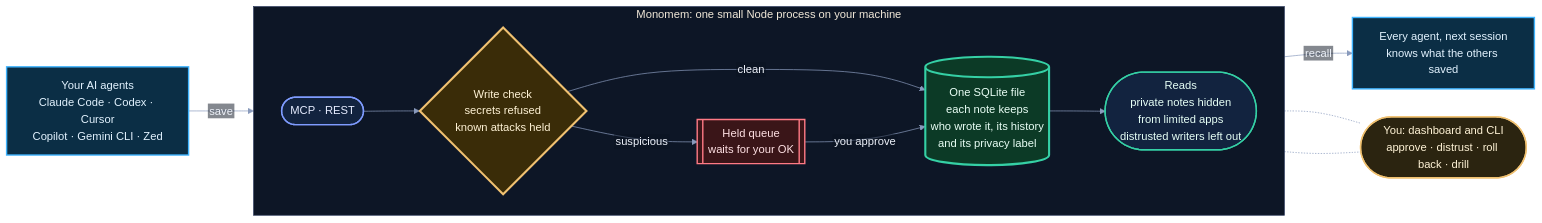
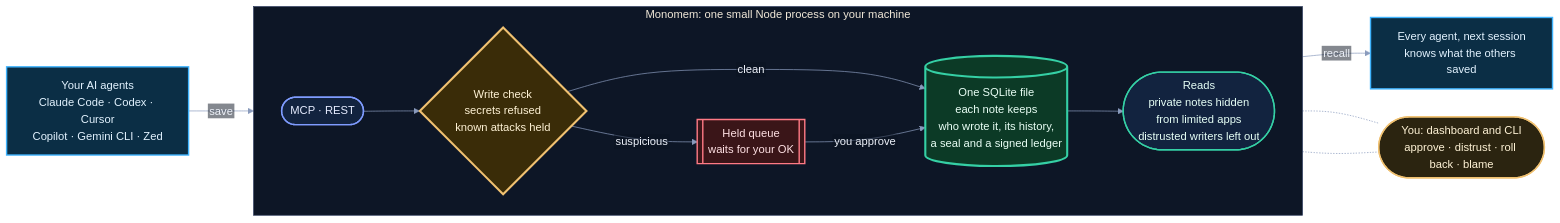
The diagram in docs/monomem-architecture.mmd (calasdan-sketch/monomem), drawn with Mermaid before and after one commit. The commit also changed 13 other files, not shown here.

First line of the commit message:
docs: demo GIF, architecture diagram and descriptions for 1.8.0 (#118)

```diff
--- a/docs/monomem-architecture.mmd
+++ b/docs/monomem-architecture.mmd
@@ -1,44 +1,44 @@
 %%{init: {"theme":"base","flowchart":{"useMaxWidth":false,"htmlLabels":false,"curve":"basis","nodeSpacing":40,"rankSpacing":55},
   "themeVariables":{"fontFamily":"Arial, Helvetica, sans-serif","fontSize":"16px",
   "primaryColor":"#12233f","primaryTextColor":"#eef2fa","primaryBorderColor":"#2b3a5c",
   "lineColor":"#8a9bbd","clusterBkg":"#0d1626","clusterBorder":"#2b3a5c",
   "edgeLabelBackground":"#0b1220","tertiaryColor":"#0d1626"}}}%%
 flowchart LR
   AG["Your AI agents<br/>Claude Code · Codex · Cursor<br/>Copilot · Gemini CLI · Zed"]
   AG2["Every agent, next session<br/>knows what the others saved"]
 
   subgraph mm["Monomem: one small Node process on your machine"]
     direction LR
     IN(["MCP · REST"])
     GATE{"Write check<br/>secrets refused<br/>known attacks held"}
     HELD[["Held queue<br/>waits for your OK"]]
-    DB[("One SQLite file<br/>each note keeps<br/>who wrote it, its history<br/>and its privacy label")]
+    DB[("One SQLite file<br/>each note keeps<br/>who wrote it, its history,<br/>a seal and a signed ledger")]
     OUT(["Reads<br/>private notes hidden<br/>from limited apps<br/>distrusted writers left out"])
     IN --> GATE
     GATE -- "clean" --> DB
     GATE -- "suspicious" --> HELD
     HELD -- "you approve" --> DB
     DB --> OUT
   end
 
-  YOU(["You: dashboard and CLI<br/>approve · distrust · roll back · drill"])
+  YOU(["You: dashboard and CLI<br/>approve · distrust · roll back · blame"])
 
   AG -- "save" --> IN
   OUT -- "recall" --> AG2
   HELD -.- YOU
   DB -.- YOU
 
   classDef agent fill:#0b2e45,stroke:#3fb4ff,stroke-width:2px,color:#e3f3ff;
   classDef entry fill:#12233f,stroke:#7f9cff,stroke-width:2px,color:#e6ecff;
   classDef gate  fill:#3a2c08,stroke:#f0c171,stroke-width:3px,color:#fff3d6;
   classDef held  fill:#3a1518,stroke:#ff7a85,stroke-width:2px,color:#ffe1e4;
   classDef store fill:#0c3a26,stroke:#35d0a5,stroke-width:3px,color:#eafff6;
   classDef read  fill:#12233f,stroke:#35d0a5,stroke-width:2px,color:#e6fff6;
   classDef you   fill:#2b2410,stroke:#f0c171,stroke-width:2px,color:#fff3d6;
   class AG,AG2 agent;
   class IN entry;
   class GATE gate;
   class HELD held;
   class DB store;
   class OUT read;
   class YOU you;
```
